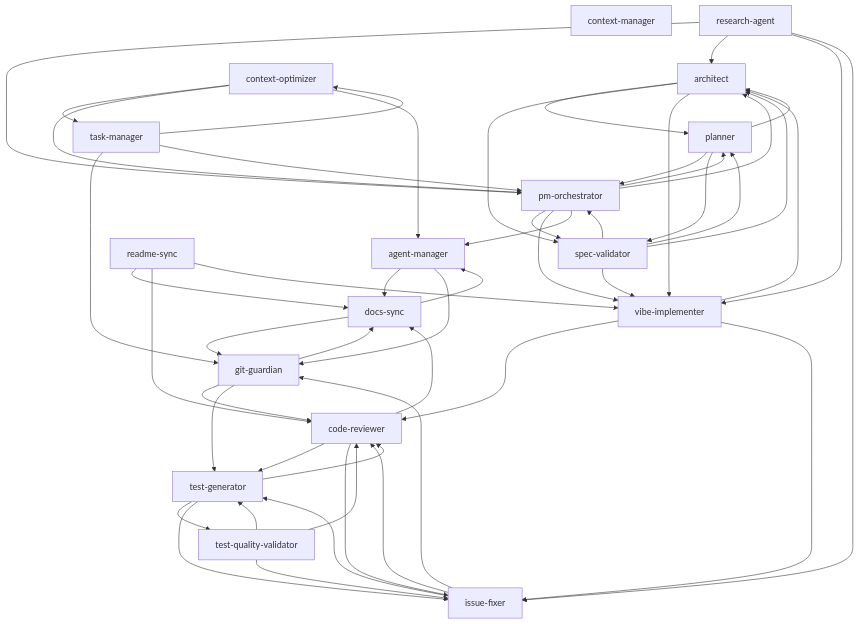
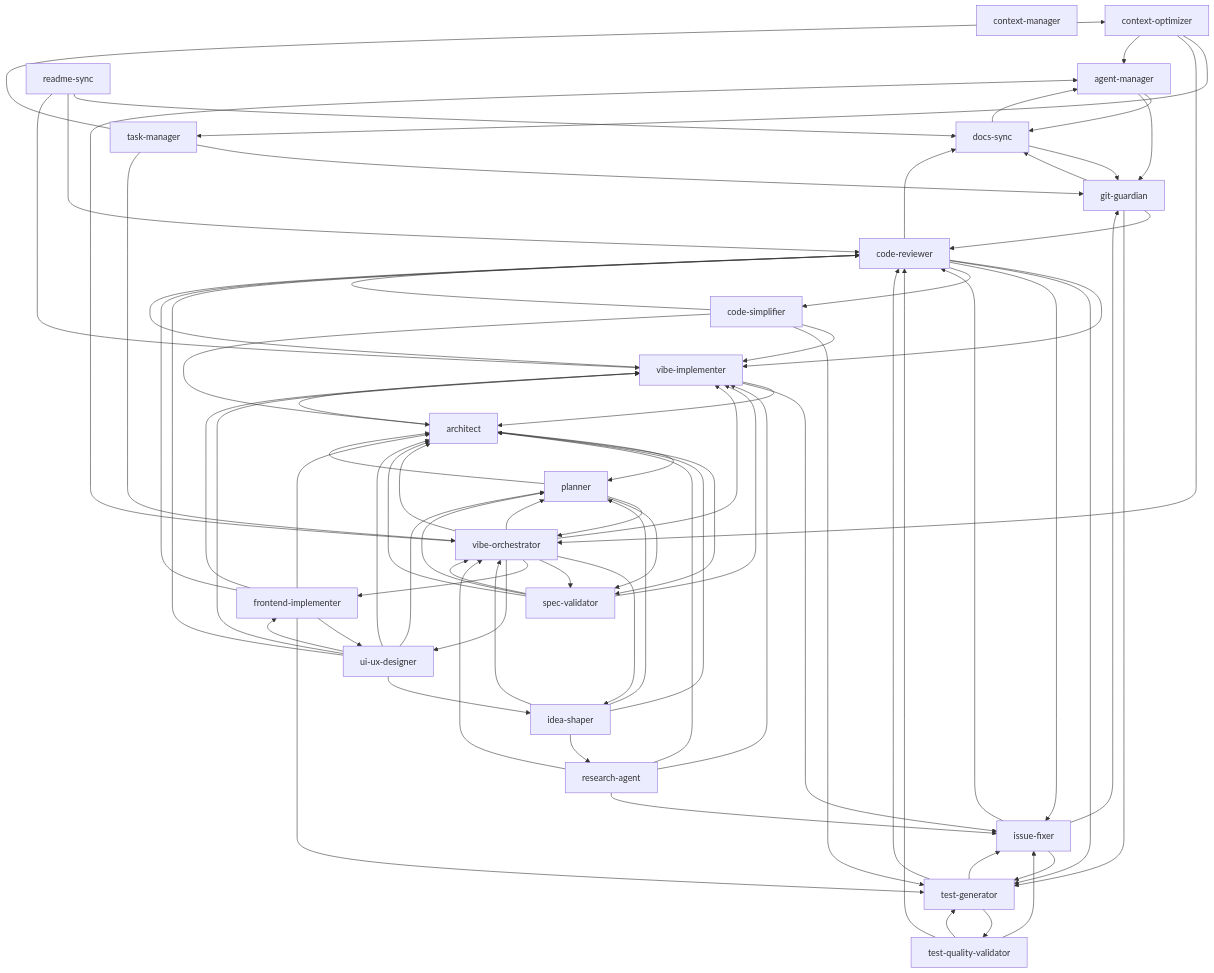
The diagram in docs/agent-dependency-graph.md (jhlee0409/claude-vibe-flow), drawn with Mermaid before and after one commit. The commit also changed other lines of this file and 28 other files, not shown here.

````diff
--- a/docs/agent-dependency-graph.md
+++ b/docs/agent-dependency-graph.md
@@ -10,69 +10,97 @@
     A0[agent-manager]
     A1[architect]
     A2[code-reviewer]
-    A3[context-manager]
-    A4[context-optimizer]
-    A5[docs-sync]
-    A6[git-guardian]
-    A7[issue-fixer]
-    A8[planner]
-    A9[pm-orchestrator]
-    A10[readme-sync]
-    A11[research-agent]
-    A12[spec-validator]
-    A13[task-manager]
-    A14[test-generator]
-    A15[test-quality-validator]
-    A16[vibe-implementer]
+    A3[code-simplifier]
+    A4[context-manager]
+    A5[context-optimizer]
+    A6[docs-sync]
+    A7[frontend-implementer]
+    A8[git-guardian]
+    A9[idea-shaper]
+    A10[issue-fixer]
+    A11[planner]
+    A12[readme-sync]
+    A13[research-agent]
+    A14[spec-validator]
+    A15[task-manager]
+    A16[test-generator]
+    A17[test-quality-validator]
+    A18[ui-ux-designer]
+    A19[vibe-implementer]
+    A20[vibe-orchestrator]
 
-    A0 --> A5
     A0 --> A6
-    A1 --> A8
-    A1 --> A12
-    A1 --> A16
-    A2 --> A14
-    A2 --> A7
-    A2 --> A5
-    A4 --> A13
-    A4 --> A9
-    A4 --> A0
+    A0 --> A8
+    A1 --> A11
+    A1 --> A14
+    A1 --> A19
+    A2 --> A19
+    A2 --> A16
+    A2 --> A10
+    A2 --> A3
+    A2 --> A6
+    A3 --> A2
+    A3 --> A19
+    A3 --> A16
+    A3 --> A1
+    A5 --> A15
+    A5 --> A20
     A5 --> A0
-    A5 --> A6
-    A6 --> A5
-    A6 --> A2
-    A6 --> A14
+    A6 --> A0
+    A6 --> A8
+    A7 --> A18
+    A7 --> A19
+    A7 --> A16
     A7 --> A2
-    A7 --> A14
-    A7 --> A6
-    A8 --> A9
-    A8 --> A1
-    A8 --> A12
-    A9 --> A8
+    A7 --> A1
+    A8 --> A6
+    A8 --> A2
+    A8 --> A16
+    A9 --> A20
+    A9 --> A11
     A9 --> A1
-    A9 --> A12
-    A9 --> A16
-    A9 --> A0
-    A10 --> A5
+    A9 --> A13
     A10 --> A2
     A10 --> A16
-    A11 --> A9
+    A10 --> A8
+    A11 --> A20
     A11 --> A1
-    A11 --> A16
-    A11 --> A7
-    A12 --> A8
-    A12 --> A1
-    A12 --> A9
-    A12 --> A16
-    A13 --> A6
-    A13 --> A4
-    A13 --> A9
-    A14 --> A15
-    A14 --> A2
-    A14 --> A7
-    A15 --> A14
-    A15 --> A2
-    A15 --> A7
-    A16 --> A1
+    A11 --> A14
+    A12 --> A6
+    A12 --> A2
+    A12 --> A19
+    A13 --> A20
+    A13 --> A1
+    A13 --> A19
+    A13 --> A10
+    A14 --> A11
+    A14 --> A1
+    A14 --> A20
+    A14 --> A19
+    A15 --> A8
+    A15 --> A5
+    A15 --> A20
+    A16 --> A17
     A16 --> A2
-    A16 --> A7
+    A16 --> A10
+    A17 --> A16
+    A17 --> A2
+    A17 --> A10
+    A18 --> A7
+    A18 --> A19
+    A18 --> A1
+    A18 --> A11
+    A18 --> A9
+    A18 --> A2
+    A19 --> A1
+    A19 --> A2
+    A19 --> A10
+    A20 --> A9
+    A20 --> A11
+    A20 --> A1
+    A20 --> A14
+    A20 --> A19
+    A20 --> A7
+    A20 --> A18
+    A20 --> A0
 ```
````
